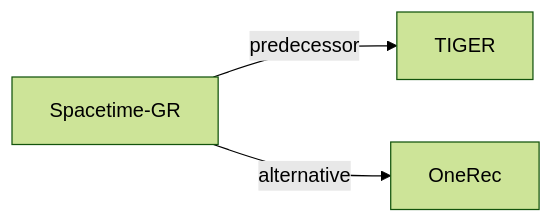
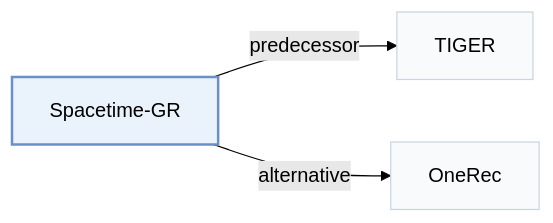
One commit to Galaxy-ghost/Awesome-SID-Generative-Rec changed the second of 2 diagrams in pages/papers/spacetime-gr.md. Above: the diagram before and after it, drawn with Mermaid (forest theme). The commit also changed other lines of this file and 649 other files, not shown here.

Commit message:
writer-05: also tags and modality index (schema, check, build, visuals); summary field removed; calibration data for 12 papers

````diff
--- a/pages/papers/spacetime-gr.md
+++ b/pages/papers/spacetime-gr.md
@@ -69,6 +74,10 @@
 ```mermaid
 flowchart LR
     P["Spacetime-GR"]
-    P -->|predecessor| A["TIGER"]
-    P -->|alternative| B["OneRec"]
+    P -->|"predecessor"| A["TIGER"]
+    P -->|"alternative"| B["OneRec"]
+    classDef main fill:#eaf2fb,stroke:#6b8fc7,stroke-width:2px
+    classDef peer fill:#f8fafc,stroke:#cbd5e1
+    class P main
+    class A,B peer
 ```
````
